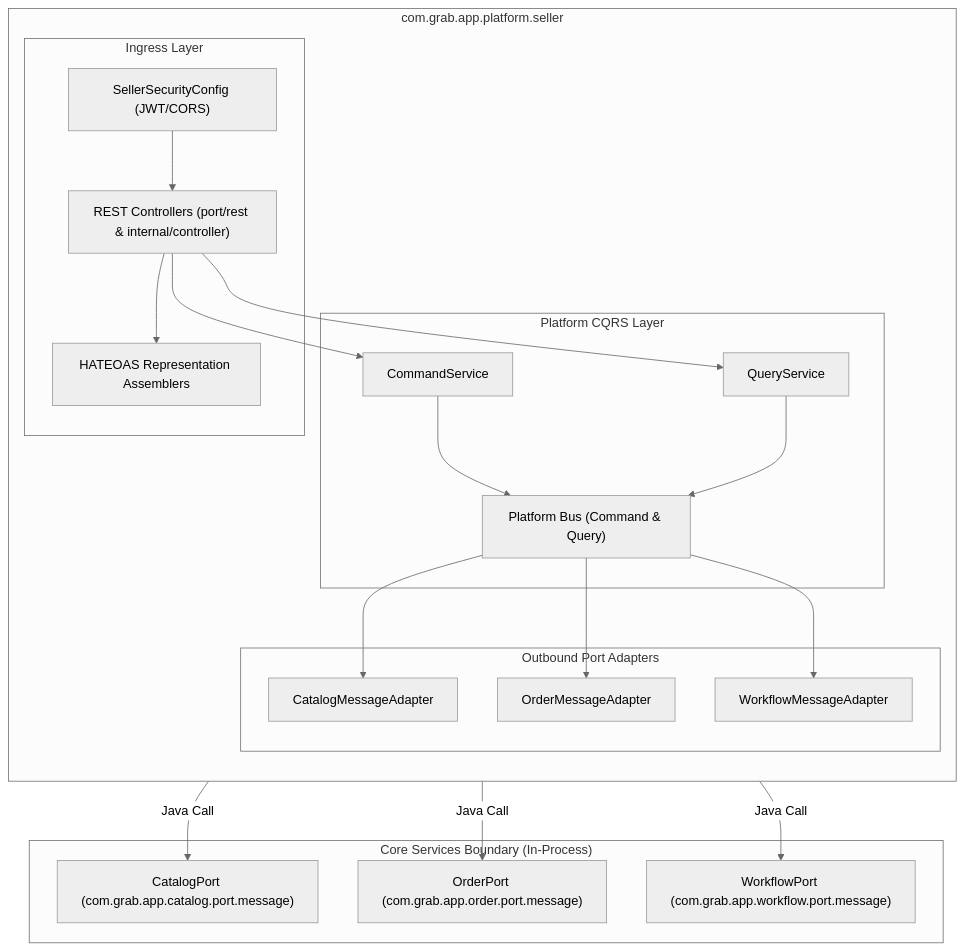
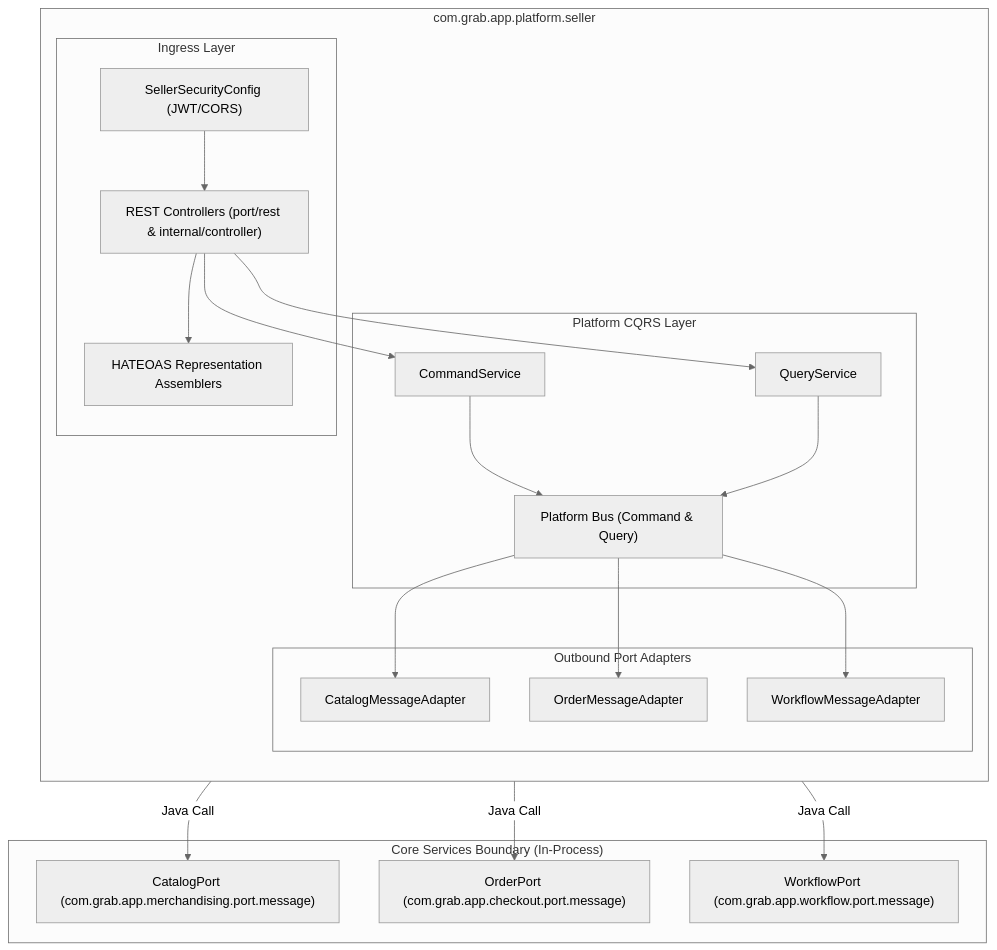
Before and after one commit to khinemyaezin/grab: the second of 3 diagrams in docs/spec/system/seller-platform-communication-protocol-tech-spec.md, drawn with Mermaid (neutral theme). The commit also changed 113 other files, not shown here.

Commit message:
feat: restructure package organization for checkout and merchandising modules

````diff
--- a/docs/spec/system/seller-platform-communication-protocol-tech-spec.md
+++ b/docs/spec/system/seller-platform-communication-protocol-tech-spec.md
@@ -68,40 +68,40 @@
 ```mermaid
 flowchart TD
     subgraph SellerBFF ["com.grab.app.platform.seller"]
         direction TB
         subgraph IngressLayer ["Ingress Layer"]
             SecConfig["SellerSecurityConfig (JWT/CORS)"]
             Controllers["REST Controllers (port/rest & internal/controller)"]
             Assemblers["HATEOAS Representation Assemblers"]
         end
         subgraph CQRSLayer ["Platform CQRS Layer"]
             CmdSvc["CommandService"]
             QrySvc["QueryService"]
             PlatBus["Platform Bus (Command & Query)"]
         end
         subgraph EgressLayer ["Outbound Port Adapters"]
             CatMsgAdapter["CatalogMessageAdapter"]
             OrdMsgAdapter["OrderMessageAdapter"]
             WfMsgAdapter["WorkflowMessageAdapter"]
         end
     end
 
     subgraph CoreServices ["Core Services Boundary (In-Process)"]
-        CatPort["CatalogPort (com.grab.app.catalog.port.message)"]
-        OrdPort["OrderPort (com.grab.app.order.port.message)"]
+        CatPort["CatalogPort (com.grab.app.merchandising.port.message)"]
+        OrdPort["OrderPort (com.grab.app.checkout.port.message)"]
         WfPort["WorkflowPort (com.grab.app.workflow.port.message)"]
     end
 
     SecConfig --> Controllers
     Controllers --> Assemblers
     Controllers --> CmdSvc
     Controllers --> QrySvc
     CmdSvc --> PlatBus
     QrySvc --> PlatBus
     PlatBus --> CatMsgAdapter
     PlatBus --> OrdMsgAdapter
     PlatBus --> WfMsgAdapter
     CatMsgAdapter -->|"Java Call"| CatPort
     OrdMsgAdapter -->|"Java Call"| OrdPort
     WfMsgAdapter -->|"Java Call"| WfPort
 ```
````
